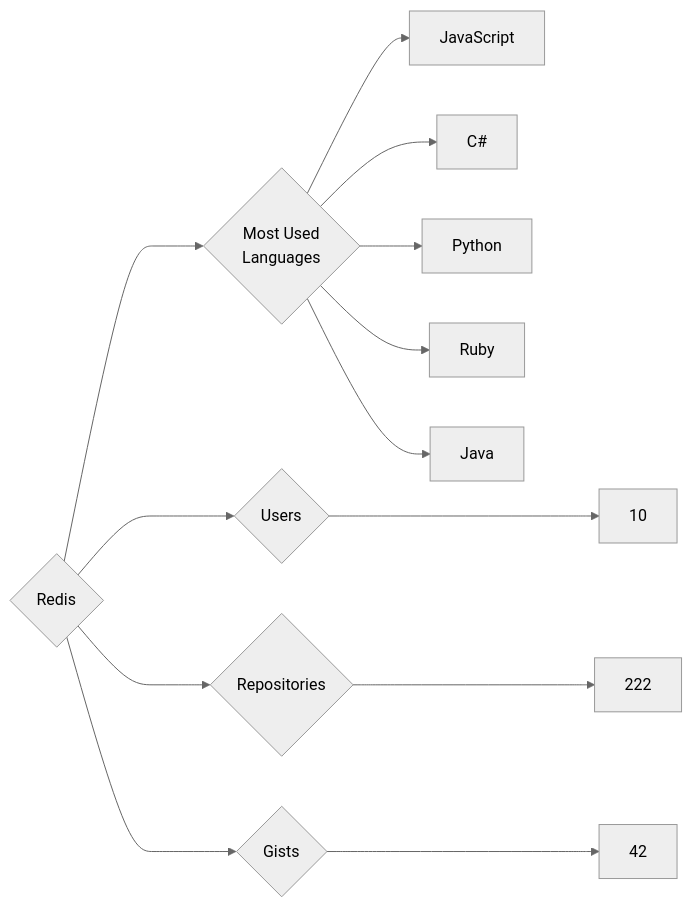
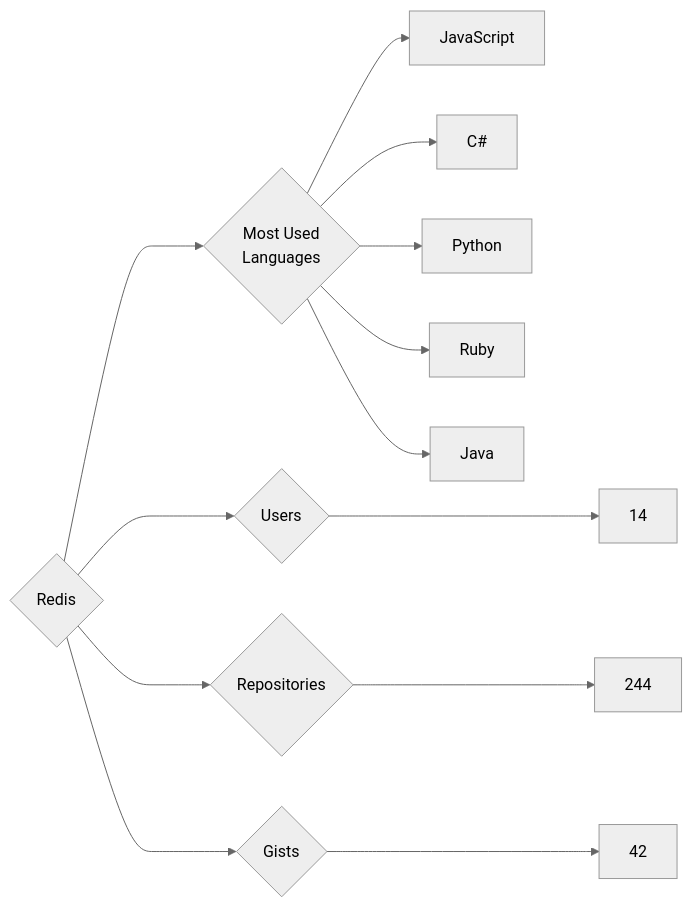
Before and after one commit to trickest/insiders: the diagram in targets/Redis/README.md, drawn with Mermaid (neutral theme). The commit also changed 725 other files, not shown here.

````diff
--- a/targets/Redis/README.md
+++ b/targets/Redis/README.md
@@ -3,13 +3,13 @@
 ```mermaid
 graph LR
 COMPANY_NAME{Redis}
-COMPANY_NAME ---> U{Users} ---> UN[10]
-COMPANY_NAME ---> R{Repositories} ---> RN[222]
+COMPANY_NAME ---> U{Users} ---> UN[14]
+COMPANY_NAME ---> R{Repositories} ---> RN[244]
 COMPANY_NAME ---> G{Gists} ---> GN[42]
 COMPANY_NAME ---> ML{Most Used<br>Languages}
 ML --> JavaScript[JavaScript]
 ML --> C#[C#]
 ML --> Python[Python]
 ML --> Ruby[Ruby]
 ML --> Java[Java]
 ```
````
